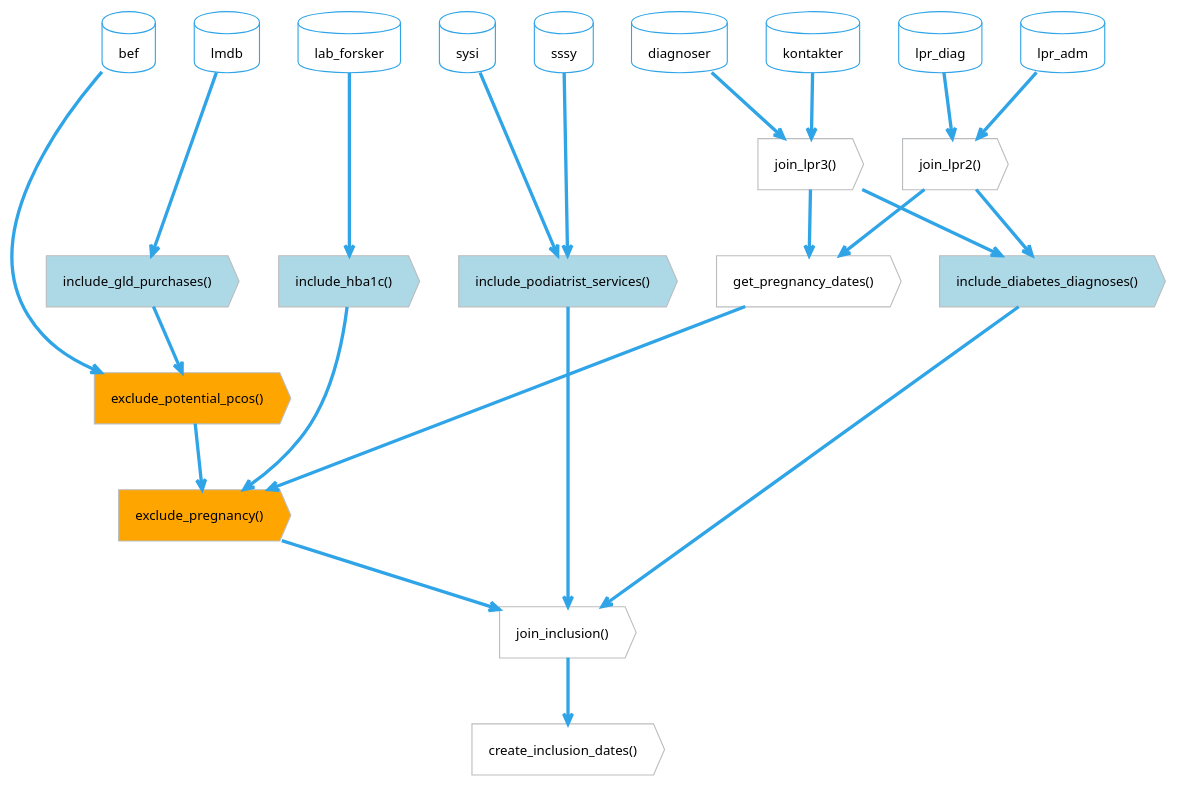
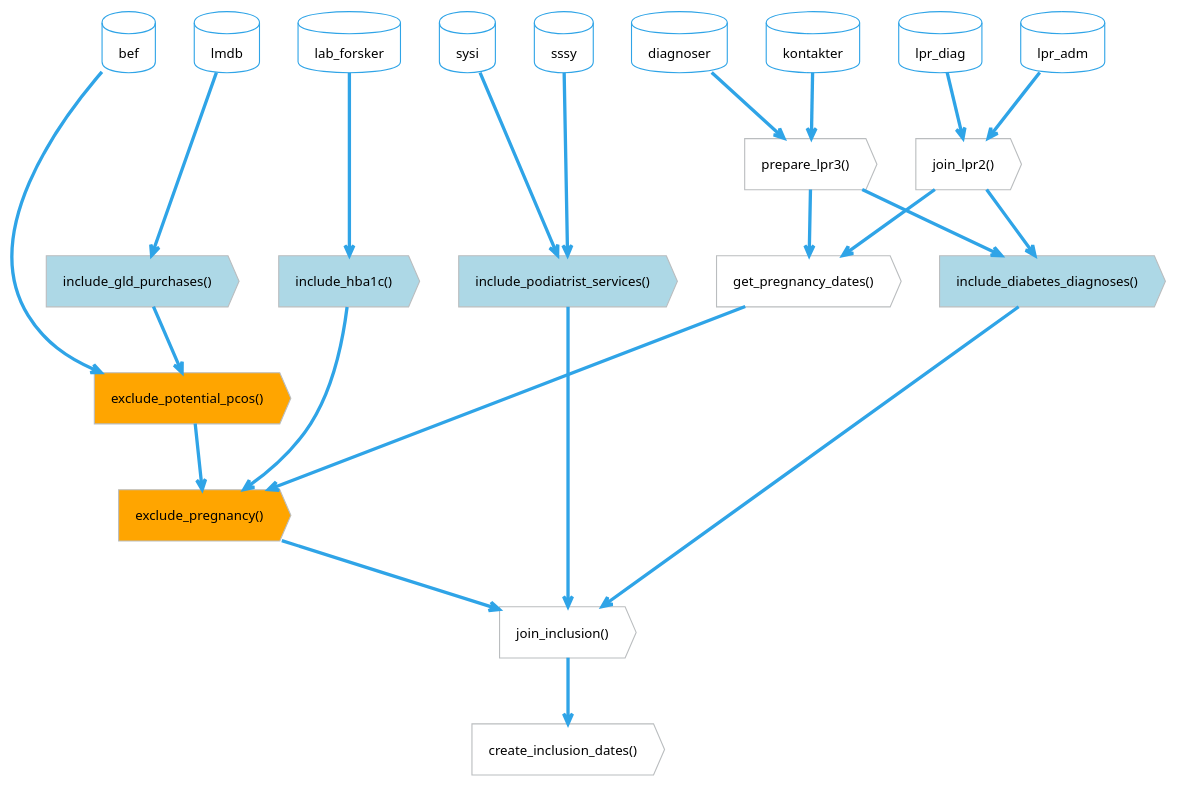
Before and after one commit to steno-aarhus/osdc: the diagram in vignettes/articles/pumls/function-flow-population.puml, drawn with PlantUML. The commit also changed 3 other files, not shown here.

Commit message:
docs: :memo: update docs with new function name `prepare_lpr3()`

```diff
--- a/vignettes/articles/pumls/function-flow-population.puml
+++ b/vignettes/articles/pumls/function-flow-population.puml
@@ -1,83 +1,83 @@
 @startuml function-flow-population
 !theme cerulean-outline
 <style>
 action, card, database, rectangle {
     FontColor black
 }
 .inclusion {
     BackgroundColor lightblue
 }
 .exclusion {
     BackgroundColor orange
 }
 </style>
 
 hide <<inclusion>> stereotype
 hide <<exclusion>> stereotype
 
 'Diabetes population extraction
     together {
         database sssy
         database sysi
         database lpr_diag
         database lpr_adm
         database lmdb
         database lab_forsker
         database kontakter
         database diagnoser
         database bef
     }
     together {
             action "join_lpr2()" as lpr2
-            action "join_lpr3()" as lpr3
+            action "prepare_lpr3()" as lpr3
     }
 
     together {
         action "exclude_pregnancy()" as ex_pregnancy <<exclusion>>
         action "exclude_potential_pcos()" as ex_pcos <<exclusion>>
     }
     together {
         action "include_diabetes_diagnoses()" as in_diagnoses <<inclusion>>
         action "include_hba1c()" as in_hba1c <<inclusion>>
         action "include_podiatrist_services()" as in_podiatrist <<inclusion>>
         action "include_gld_purchases()" as in_gld <<inclusion>>
         action "get_pregnancy_dates()" as pregnancy
     }
 
     action "join_inclusion()" as join_inclusion
     action "create_inclusion_dates()" as inclusion_date
 
 'join lpr
     lpr_diag --> lpr2
     lpr_adm --> lpr2
     kontakter --> lpr3
     diagnoser --> lpr3
 
 'inclusion: podiatrist services
     sssy --> in_podiatrist
     sysi --> in_podiatrist
     in_podiatrist --> join_inclusion
 
 'inclusion: hba1c
     lab_forsker --> in_hba1c
     in_hba1c --> ex_pregnancy
     ex_pregnancy --> join_inclusion
 
 'inclusion: gld purchases
     lmdb --> in_gld
     in_gld --> ex_pcos
     ex_pcos --> ex_pregnancy
 
 'inclusion: diabetes diagnoses
     lpr2 --> in_diagnoses
     lpr3 --> in_diagnoses
     in_diagnoses --> join_inclusion
 
 'exclusion and helper functions
     bef --> ex_pcos
     lpr2 --> pregnancy
     lpr3 --> pregnancy
     pregnancy --> ex_pregnancy
     join_inclusion --> inclusion_date
 
 @enduml
```
